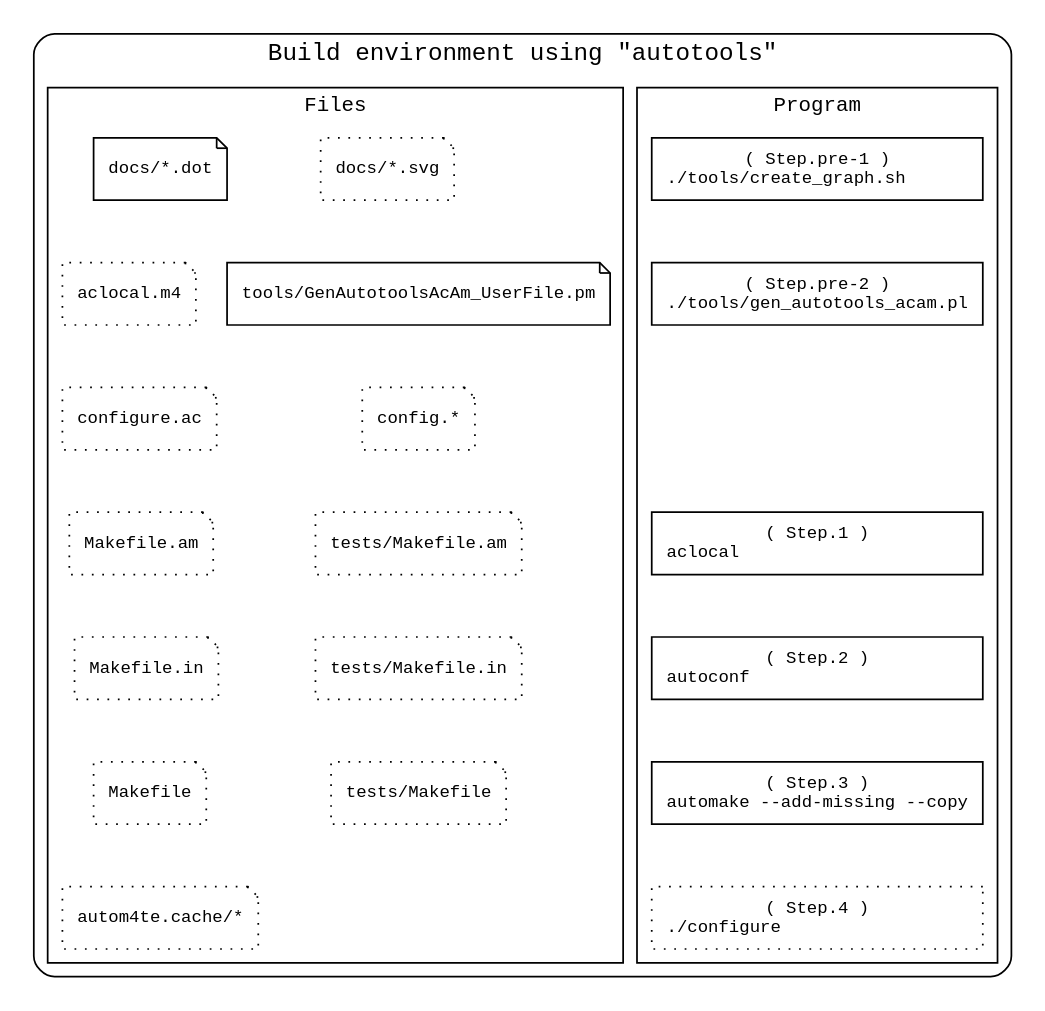
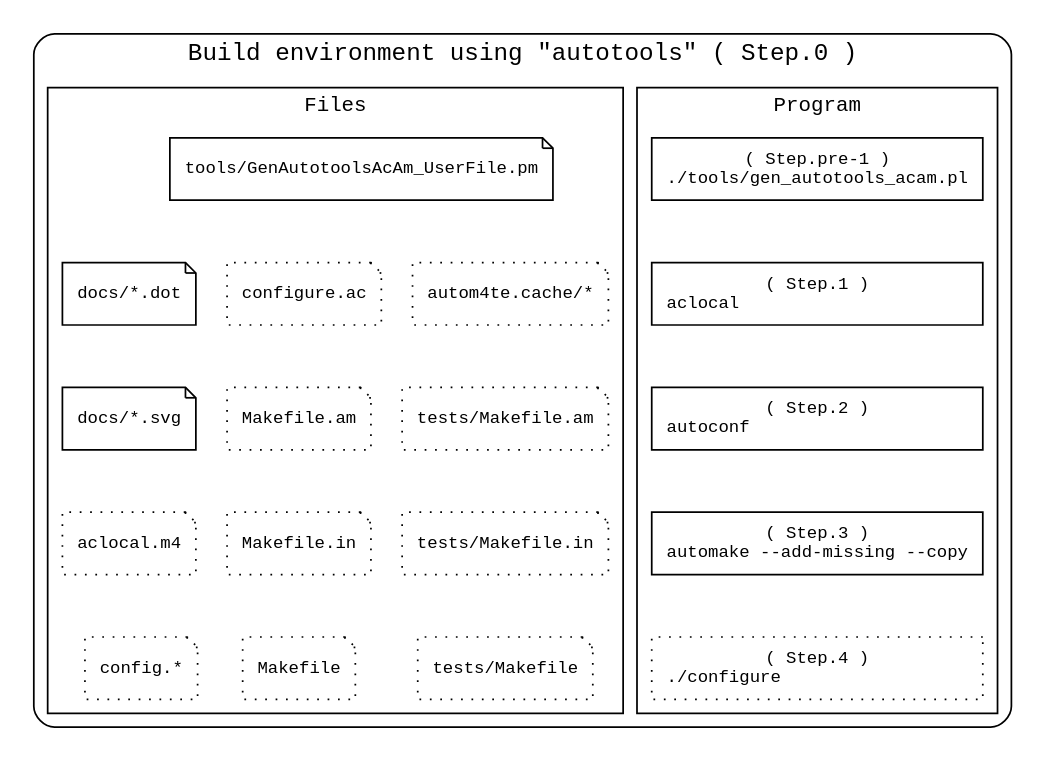
One commit to tomyama-code/tomyama_script_collection changed the diagram in docs/devel_step_0.dot. Above: the diagram before and after it, drawn with Graphviz. The commit also changed 26 other files, not shown here.

```diff
--- a/docs/devel_step_0.dot
+++ b/docs/devel_step_0.dot
@@ -1,79 +1,85 @@
 // File: docs/devel_step_0.dot
 // Author: tomyama
 // Purpose: Development workflow diagram
 
 digraph physical_directory_structure {
     newrank=true
     constraint=false
 
     // 全体に等幅フォントを適用
     //   ex) "monospace", "Courier", "Courier New", "Consolas", "Monaco"
     graph [fontname="monospace"]
     node  [fontname="monospace", fontsize=10, penwidth=1]
     edge  [fontname="monospace"]
 
     // 図全体を囲うクラスタ
     subgraph cluster_all {
 
-        label = "Build environment using \"autotools\""
+        label = "Build environment using \"autotools\" ( Step.0 )"
         style = "rounded"   // 角を丸くする
         color = "black"     // 枠線の色
         penwidth = 1        // 枠線の太さ
 
         // プログラム
         subgraph cluster_program {
             label = "Program"
             style = "solid"
             penwidth = 1        // 枠線の太さ
             fontsize=12
             {
                 edge [style=invis];
-                program01 -> program02 -> program99 -> program03 -> program04 -> program05 -> program06
+                program01 -> program02 -> program03 -> program04 -> program05
             }
-            program01 [shape=box, style=solid , label="( Step.pre-1 )\n./tools/create_graph.sh      "]
-            program02 [shape=box, style=solid , label="( Step.pre-2 )\n./tools/gen_autotools_acam.pl"]
-            program99 [shape=box, style=invis]
-            program03 [shape=box, style=solid , label="( Step.1 )\naclocal                      "]
-            program04 [shape=box, style=solid , label="( Step.2 )\nautoconf                     "]
-            program05 [shape=box, style=solid , label="( Step.3 )\nautomake --add-missing --copy"]
-            program06 [shape=box, style=dotted, label="( Step.4 )\n./configure                  "]
+            program01 [shape=box, style=solid , label="( Step.pre-1 )\n./tools/gen_autotools_acam.pl"]
+            program02 [shape=box, style=solid , label="( Step.1 )\naclocal                      "]
+            program03 [shape=box, style=solid , label="( Step.2 )\nautoconf                     "]
+            program04 [shape=box, style=solid , label="( Step.3 )\nautomake --add-missing --copy"]
+            program05 [shape=box, style=dotted, label="( Step.4 )\n./configure                  "]
         }
 
         // ファイル
         subgraph cluster_file {
             label = "Files"
             style = "solid"
             penwidth = 1        // 枠線の太さ
             fontsize=12
             {
                 edge [style=invis];
-                file01 -> file02 -> file03 -> file04 -> file05 -> file06 -> file07
-                file08 -> file09 -> file10 -> file11 -> file12 -> file13
-                file01 -> file08
+                file13 -> file01 -> file02 -> file03 -> file04
+                file13 -> file05 -> file06 -> file07 -> file08
+                file13 -> file09 -> file10 -> file11 -> file12
             }
+
+            file13 [shape=note, style=solid , label="tools/GenAutotoolsAcAm_UserFile.pm"]
             file01 [shape=note, style=solid , label="docs/*.dot"]
-            file02 [shape=note, style=dotted, label="aclocal.m4"]
-            file03 [shape=note, style=dotted, label="configure.ac"]
-            file04 [shape=note, style=dotted, label="Makefile.am"]
-            file05 [shape=note, style=dotted, label="Makefile.in"]
-            file06 [shape=note, style=dotted, label="Makefile"]
-            file07 [shape=note, style=dotted, label="autom4te.cache/*"]
-            file08 [shape=note, style=dotted, label="docs/*.svg"]
-            file09 [shape=note, style=solid , label="tools/GenAutotoolsAcAm_UserFile.pm"]
-            file10 [shape=note, style=dotted, label="config.*"]
-            file11 [shape=note, style=dotted, label="tests/Makefile.am"]
-            file12 [shape=note, style=dotted, label="tests/Makefile.in"]
-            file13 [shape=note, style=dotted, label="tests/Makefile"]
+            file02 [shape=note, style=solid , label="docs/*.svg"]
+            file03 [shape=note, style=dotted, label="aclocal.m4"]
+            file04 [shape=note, style=dotted, label="config.*"]
+            file05 [shape=note, style=dotted, label="configure.ac"]
+            file06 [shape=note, style=dotted, label="Makefile.am"]
+            file07 [shape=note, style=dotted, label="Makefile.in"]
+            file08 [shape=note, style=dotted, label="Makefile"]
+            file09 [shape=note, style=dotted, label="autom4te.cache/*"]
+            file10 [shape=note, style=dotted, label="tests/Makefile.am"]
+            file11 [shape=note, style=dotted, label="tests/Makefile.in"]
+            file12 [shape=note, style=dotted, label="tests/Makefile"]
         }
 
-        {rank=same; program01; file01; file08}
-        {rank=same; program02; file02; file09}
-        {rank=same; program99; file03; file10}
-        {rank=same; program03; file04; file11}
-        {rank=same; program04; file05; file12}
-        {rank=same; program05; file06; file13}
+        {
+            edge [style=invis];
+            file13 -> program01
+            file01 -> file05 -> file09 -> program02
+            file02 -> file06 -> file10 -> program03
+            file03 -> file07 -> file11 -> program04
+            file04 -> file08 -> file12 -> program05
+        }
+        {rank=same; program01; file13}
+        {rank=same; program02; file01; file05; file09}
+        {rank=same; program03; file02; file06; file10}
+        {rank=same; program04; file03; file07; file11}
+        {rank=same; program05; file04; file08; file12}
 
         // スクリプトとドキュメントの関係
 //        file01 -> program01 -> file08
     }
 }
```
